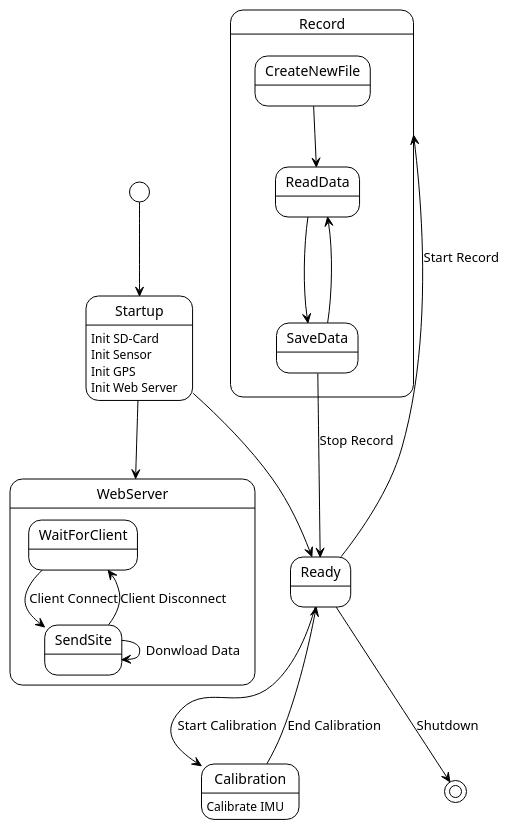
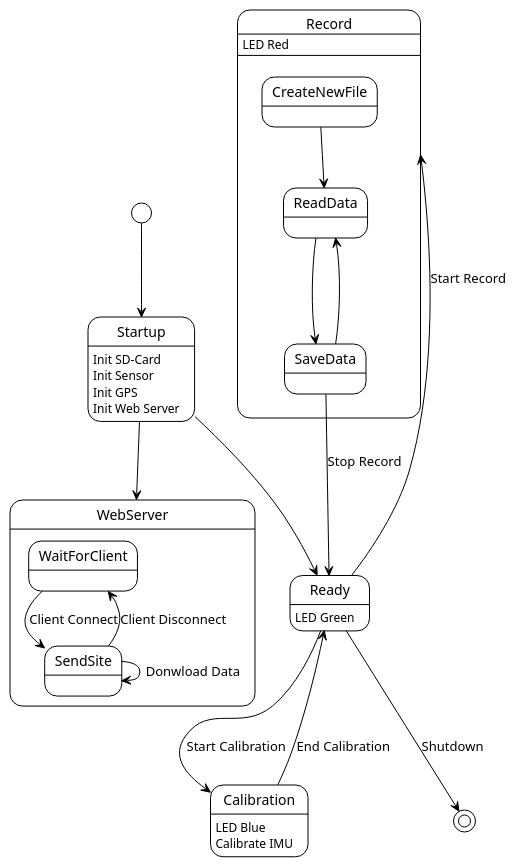
The diagram in doc/state-diagram.puml (Kinaj1995/MotoData), drawn with PlantUML before and after one commit.

Commit message:
SD: Changed States

```diff
--- a/doc/state-diagram.puml
+++ b/doc/state-diagram.puml
@@ -1,53 +1,57 @@
 @startuml
 
 !theme plain
 
 
 
 [*] --> Startup
 
 
 
 Startup --> Ready
 Startup : Init SD-Card
 Startup : Init Sensor
 Startup : Init GPS
 Startup : Init Web Server
 
 Ready --> Calibration : Start Calibration
+Calibration : LED Blue
 Calibration : Calibrate IMU
 
 
 
 Calibration --> Ready : End Calibration
 
 
 
 Ready --> Record : Start Record
+Ready : LED Green
 
 state Record {
+
+    Record : LED Red
 
     CreateNewFile --> ReadData
     ReadData --> SaveData
     SaveData --> ReadData
 
     SaveData --> Ready : Stop Record
 }
 
 
 
 Ready --> [*] : Shutdown
 
 
 Startup --> WebServer
 
 state WebServer {
     WaitForClient --> SendSite : Client Connect
     SendSite --> WaitForClient : Client Disconnect
     SendSite --> SendSite : Donwload Data
 }
 
 
 
 
 @enduml
```
